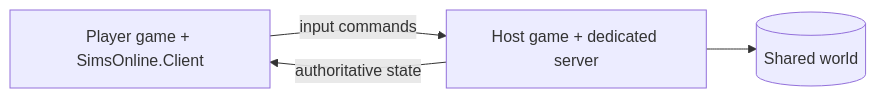
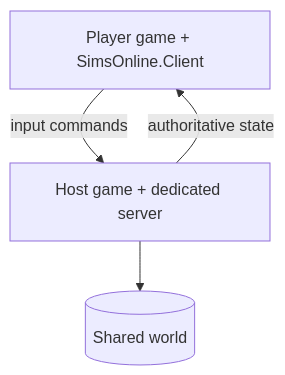
Before and after one commit to ObsidianNetwork/Sims3Online: the diagram in README.md, drawn with Mermaid.

Commit message:
docs: switch README architecture diagram to vertical layout
Summary: 1 file changed, 7 insertions(+), 4 deletions(-)

Changes:
- Modified (1):
  - README.md

````diff
--- a/README.md
+++ b/README.md
@@ -35,6 +35,9 @@
 ```mermaid
-flowchart LR
-    C[Player game + SimsOnline.Client] -- input commands --> S[Host game + dedicated server]
-    S -- authoritative state --> C
-    S --> W[(Shared world)]
+flowchart TB
+    C["Player game + SimsOnline.Client"]
+    S["Host game + dedicated server"]
+    W[("Shared world")]
+    C -->|"input commands"| S
+    S -->|"authoritative state"| C
+    S --> W
 ```
````
